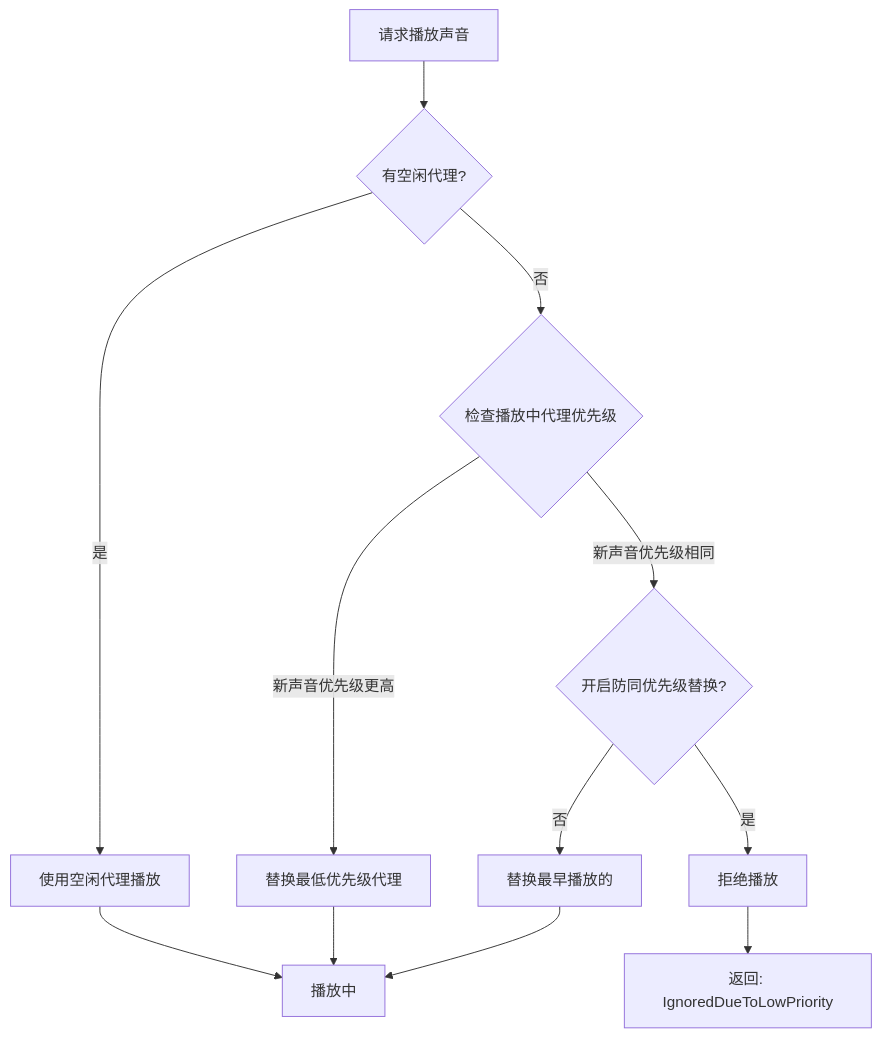
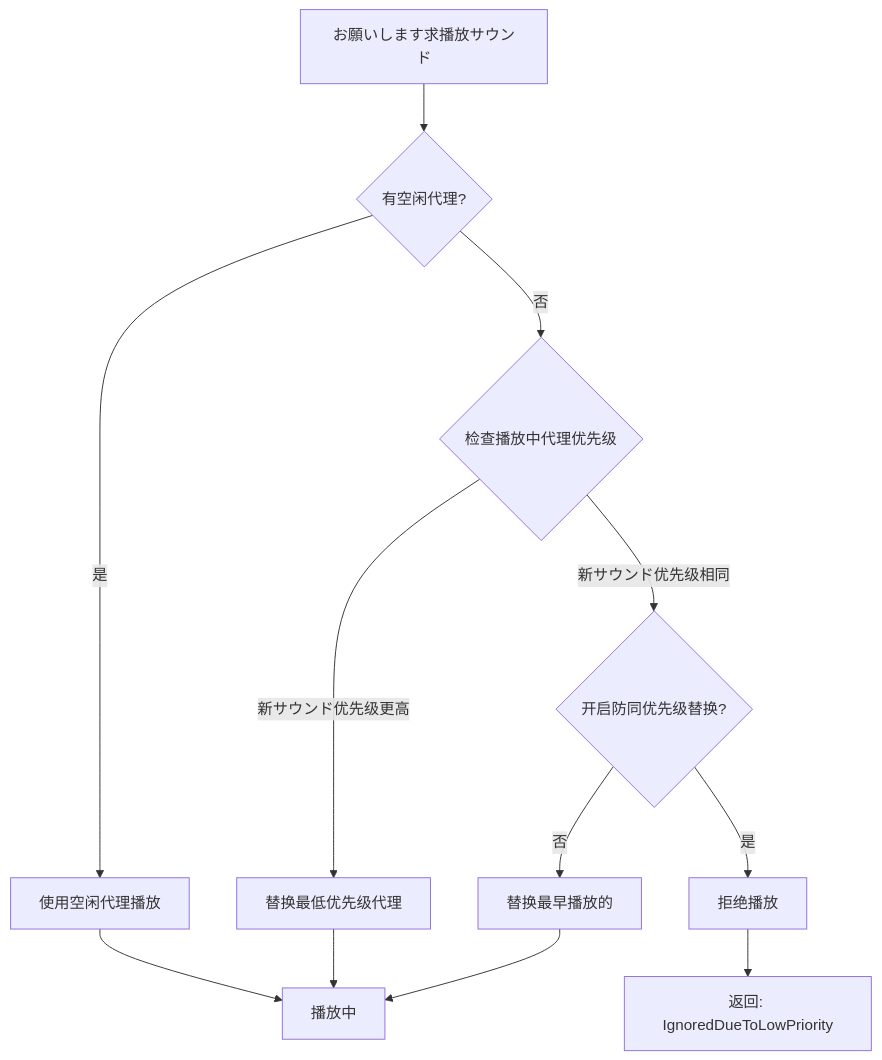
Before and after one commit to AlianBlank/GameFrameX.Docs: the second of 2 diagrams in docs/ja/client/unity/component/sound/06.sound-group.md, drawn with Mermaid. The commit also changed other lines of this file and 603 other files, not shown here.

````diff
--- a/docs/ja/client/unity/component/sound/06.sound-group.md
+++ b/docs/ja/client/unity/component/sound/06.sound-group.md
@@ -95,19 +95,19 @@
 ```mermaid
 flowchart TD
-    Start[请求播放声音] --> CheckFree{有空闲代理?}
+    Start[お願いします求播放サウンド] --> CheckFree{有空闲代理?}
     
     CheckFree -->|是| UseFree[使用空闲代理播放]
     CheckFree -->|否| CheckPriority{检查播放中代理优先级}
     
-    CheckPriority -->|新声音优先级更高| Replace[替换最低优先级代理]
-    CheckPriority -->|新声音优先级相同| CheckAvoid{开启防同优先级替换?}
+    CheckPriority -->|新サウンド优先级更高| Replace[替换最低优先级代理]
+    CheckPriority -->|新サウンド优先级相同| CheckAvoid{开启防同优先级替换?}
     
     CheckAvoid -->|是| Reject[拒绝播放]
     CheckAvoid -->|否| CheckTime[替换最早播放的]
     
     UseFree --> Playing[播放中]
     Replace --> Playing
     CheckTime --> Playing
     Reject --> Failed[返回错误码]
     Failed[返回: IgnoredDueToLowPriority]
 ```
````
